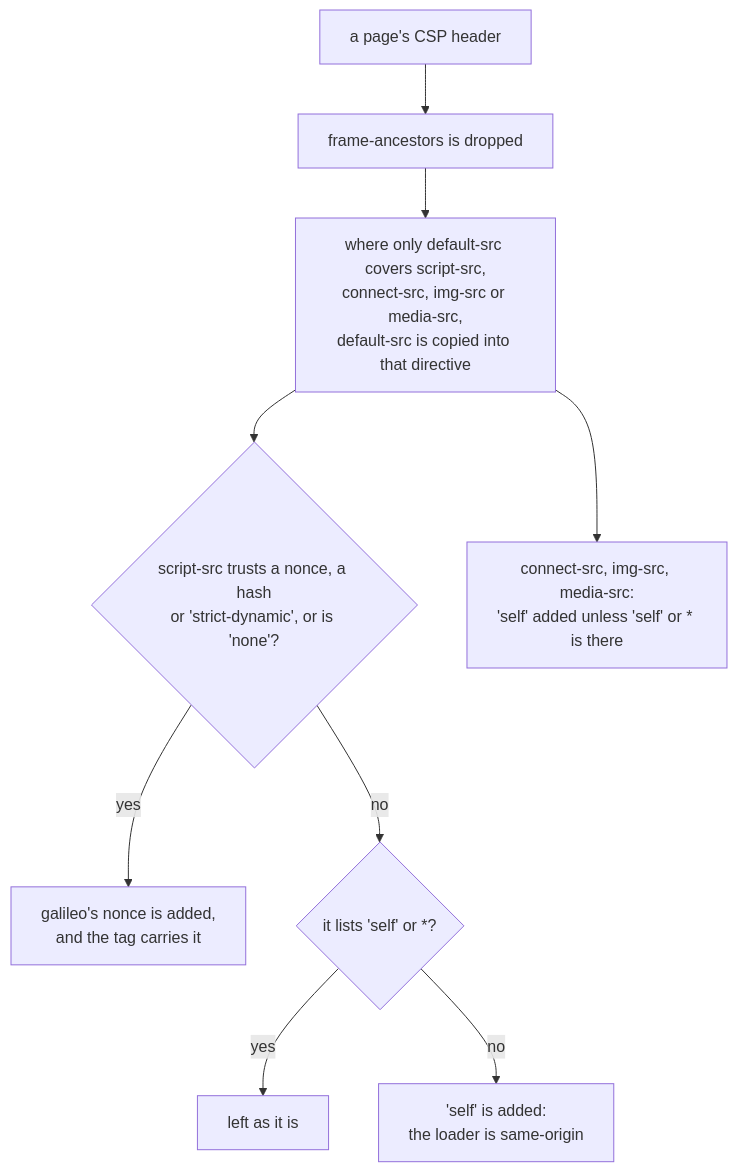
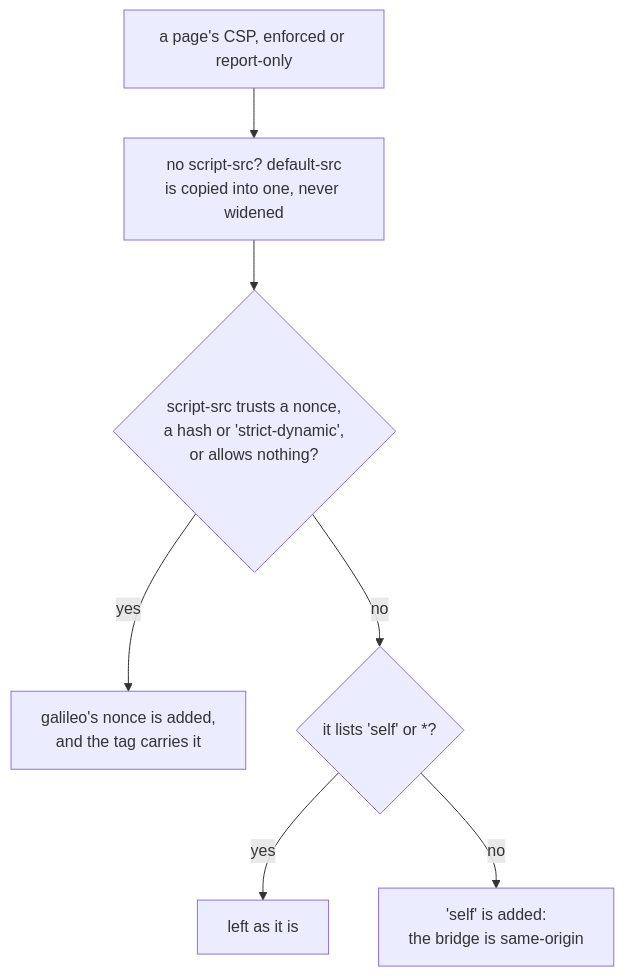
Before and after one commit to quirq-ai/galileo: the fourth of 8 diagrams in docs/ARCHITECTURE.md, drawn with Mermaid. The commit also changed other lines of this file and 51 other files, not shown here.

````diff
--- a/docs/ARCHITECTURE.md
+++ b/docs/ARCHITECTURE.md
@@ -162,11 +140,9 @@
 ```mermaid
 flowchart TD
-  policy["a page's CSP header"] --> fa["frame-ancestors is dropped"]
-  fa --> copy["where only default-src covers script-src,<br/>connect-src, img-src or media-src,<br/>default-src is copied into that directive"]
-  copy --> script{"script-src trusts a nonce, a hash<br/>or 'strict-dynamic', or is 'none'?"}
-  script -->|yes| nonce["galileo's nonce is added,<br/>and the tag carries it"]
-  script -->|no| hasSelf{"it lists 'self' or *?"}
-  hasSelf -->|yes| keep["left as it is"]
-  hasSelf -->|no| addSelf["'self' is added:<br/>the loader is same-origin"]
-  copy --> others["connect-src, img-src, media-src:<br/>'self' added unless 'self' or * is there"]
+  policy["a page's CSP, enforced or report-only"] --> copy["no script-src? default-src<br/>is copied into one, never widened"]
+  copy --> trusts{"script-src trusts a nonce,<br/>a hash or 'strict-dynamic',<br/>or allows nothing?"}
+  trusts -->|yes| nonce["galileo's nonce is added,<br/>and the tag carries it"]
+  trusts -->|no| self{"it lists 'self' or *?"}
+  self -->|yes| keep["left as it is"]
+  self -->|no| add["'self' is added:<br/>the bridge is same-origin"]
 ```
````
